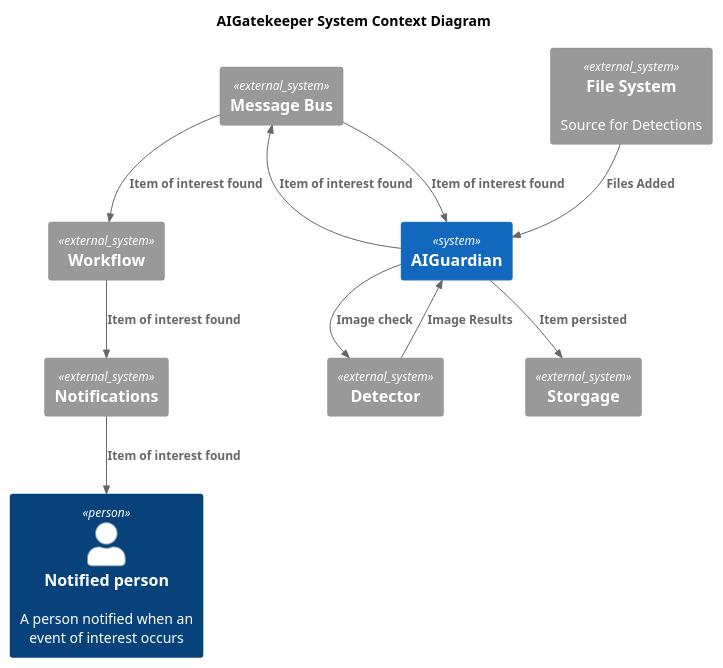
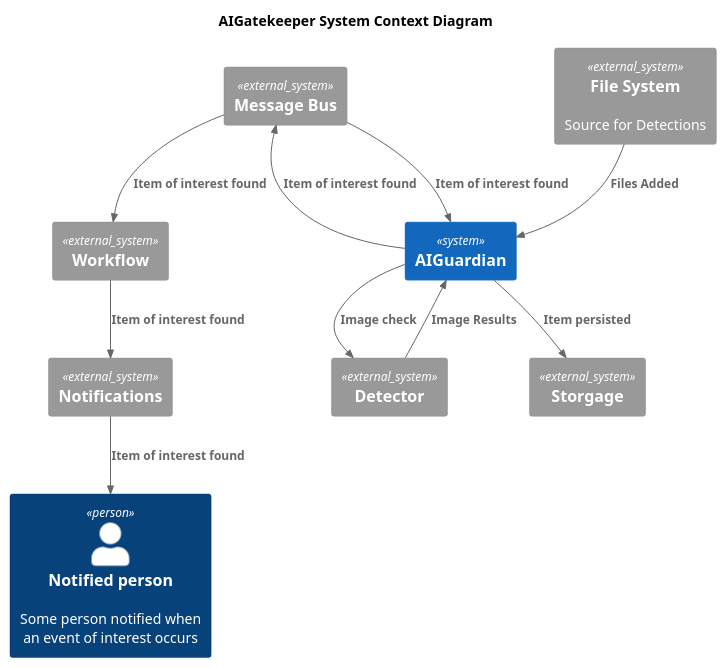
The diagram in diagrams/systemcontext.puml (johnhinz/AIGatekeeper), drawn with PlantUML before and after one commit.

Commit message:
Modified text

```diff
--- a/diagrams/systemcontext.puml
+++ b/diagrams/systemcontext.puml
@@ -1,33 +1,33 @@
 @startuml 
 !includeurl https://raw.githubusercontent.com/RicardoNiepel/C4-PlantUML/master/C4_Context.puml
  
 title AIGatekeeper System Context Diagram 
 
 
  
-Person(recipient, "Notified person", "A person notified when an event of interest occurs")
+Person(recipient, "Notified person", "Some person notified when an event of interest occurs")
 
 System(guard, "AIGuardian")
 
 System_Ext(filesys, "File System", "Source for Detections")
 System_Ext(bus, "Message Bus")
 System_Ext(notification, "Notifications")
 System_Ext(workflow, "Workflow")
 System_Ext(persist, "Storgage")
 System_Ext(detect, "Detector")
 
 Rel(filesys, guard, "Files Added")
 
 Rel(guard, detect, "Image check")
 Rel(detect, guard, "Image Results")
 
 Rel(guard, bus, "Item of interest found")
 Rel(bus, guard, "Item of interest found")
 Rel(bus, workflow, "Item of interest found")
 Rel(guard, persist, "Item persisted")
 Rel(workflow, notification, "Item of interest found")
 Rel(notification, recipient, "Item of interest found")
 
 
 
 @enduml
```
